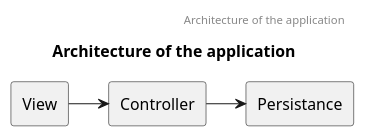
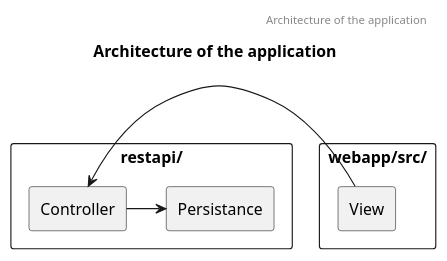
The first of 2 diagrams in docs/05_building_block_view.adoc (Arquisoft/lomap_en2b), drawn with PlantUML before and after one commit. The commit also changed other lines of this file and 5 other files, not shown here.

```diff
--- a/docs/05_building_block_view.adoc
+++ b/docs/05_building_block_view.adoc
@@ -12,15 +12,20 @@
 [plantuml,"BuildingBlockView", png]
 ----
 @startuml
 
 header Architecture of the application
 title Architecture of the application
 
-agent "View"
-agent "Controller"
-agent "Persistance"
+rectangle webapp/src/ {
+    agent "View"
+}
+
+rectangle restapi/ {
+    agent "Controller"
+    agent "Persistance"
+}
 
 "Controller" -> "Persistance"
 "View" -> "Controller"
 @enduml
 ----
```
